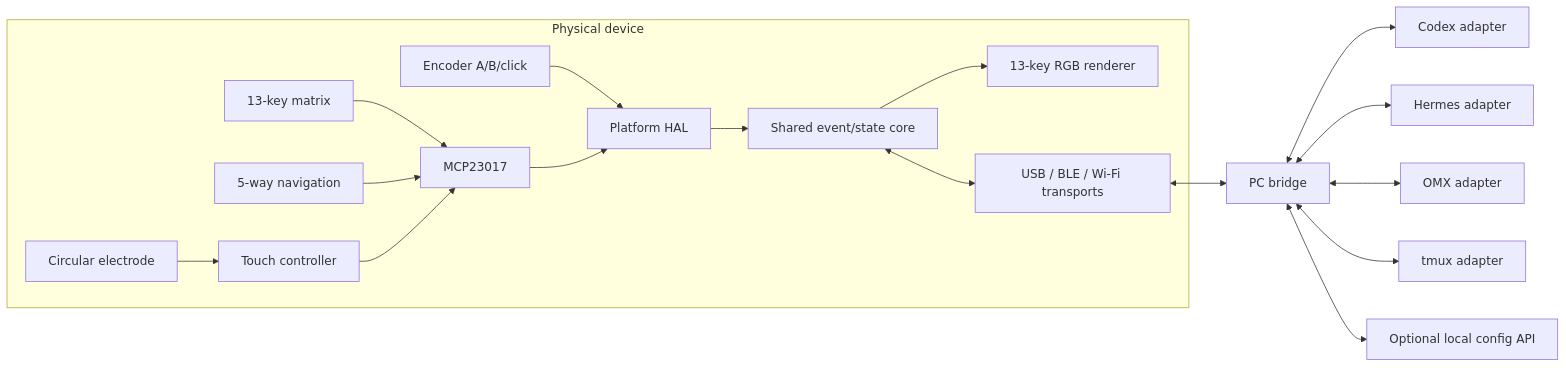
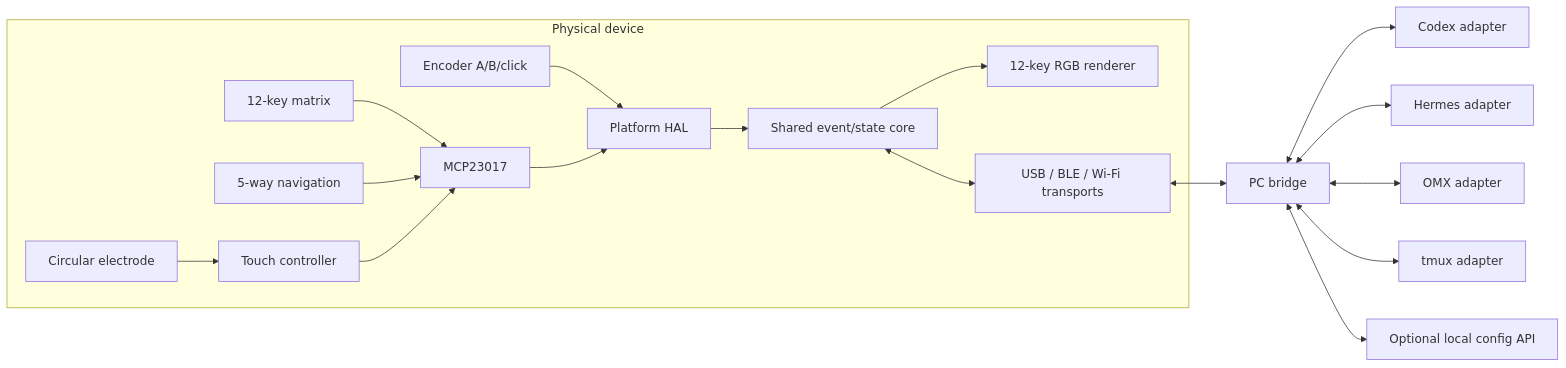
One commit to hdh7485/agent-deck changed the first of 2 diagrams in docs/architecture/system-architecture.md. Above: the diagram before and after it, drawn with Mermaid. The commit also changed 34 other files, not shown here.

````diff
--- a/docs/architecture/system-architecture.md
+++ b/docs/architecture/system-architecture.md
@@ -9,20 +9,20 @@
 ```mermaid
 flowchart LR
     subgraph Device[Physical device]
-        K[13-key matrix] --> IOX[MCP23017]
+        K[12-key matrix] --> IOX[MCP23017]
         J[5-way navigation] --> IOX
         T[Circular electrode] --> TC[Touch controller] --> IOX
         E[Encoder A/B/click] --> HAL[Platform HAL]
         IOX --> HAL
         HAL --> CORE[Shared event/state core]
-        CORE --> RGB[13-key RGB renderer]
+        CORE --> RGB[12-key RGB renderer]
         CORE <--> TR[USB / BLE / Wi-Fi transports]
     end
 
     TR <--> BRIDGE[PC bridge]
     BRIDGE <--> CODEX[Codex adapter]
     BRIDGE <--> HERMES[Hermes adapter]
     BRIDGE <--> OMX[OMX adapter]
     BRIDGE <--> TMUX[tmux adapter]
     BRIDGE <--> UI[Optional local config API]
 ```
````
